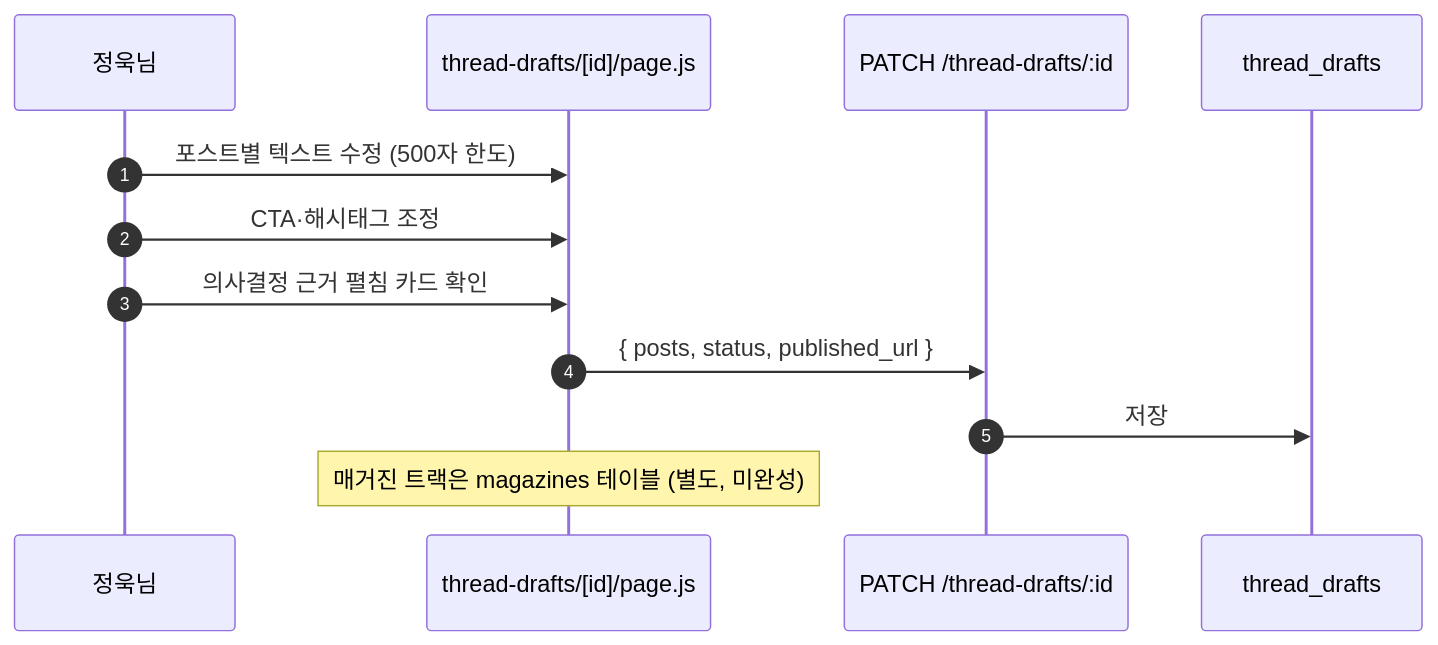
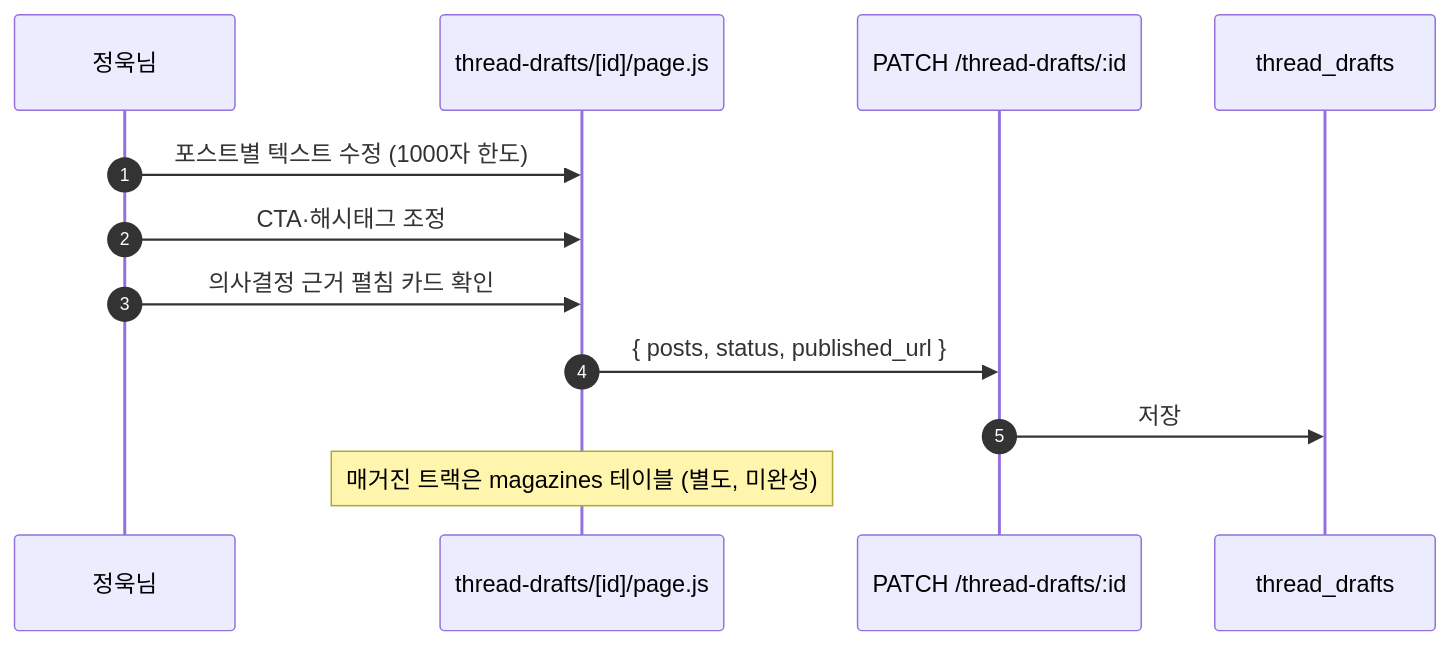
Before and after one commit to giveneeds/give-randing: the eighth of 9 diagrams in docs/content-studio-pipeline-spec.md, drawn with Mermaid. The commit also changed other lines of this file and 31 other files, not shown here.

````diff
--- a/docs/content-studio-pipeline-spec.md
+++ b/docs/content-studio-pipeline-spec.md
@@ -451,15 +461,15 @@
 ```mermaid
 sequenceDiagram
   autonumber
   participant U as 정욱님
   participant UI as thread-drafts/[id]/page.js
   participant API as PATCH /thread-drafts/:id
   participant DB as thread_drafts
 
-  U->>UI: 포스트별 텍스트 수정 (500자 한도)
+  U->>UI: 포스트별 텍스트 수정 (1000자 한도)
   U->>UI: CTA·해시태그 조정
   U->>UI: 의사결정 근거 펼침 카드 확인
   UI->>API: { posts, status, published_url }
   API->>DB: 저장
   Note over UI: 매거진 트랙은 magazines 테이블 (별도, 미완성)
 ```
````
